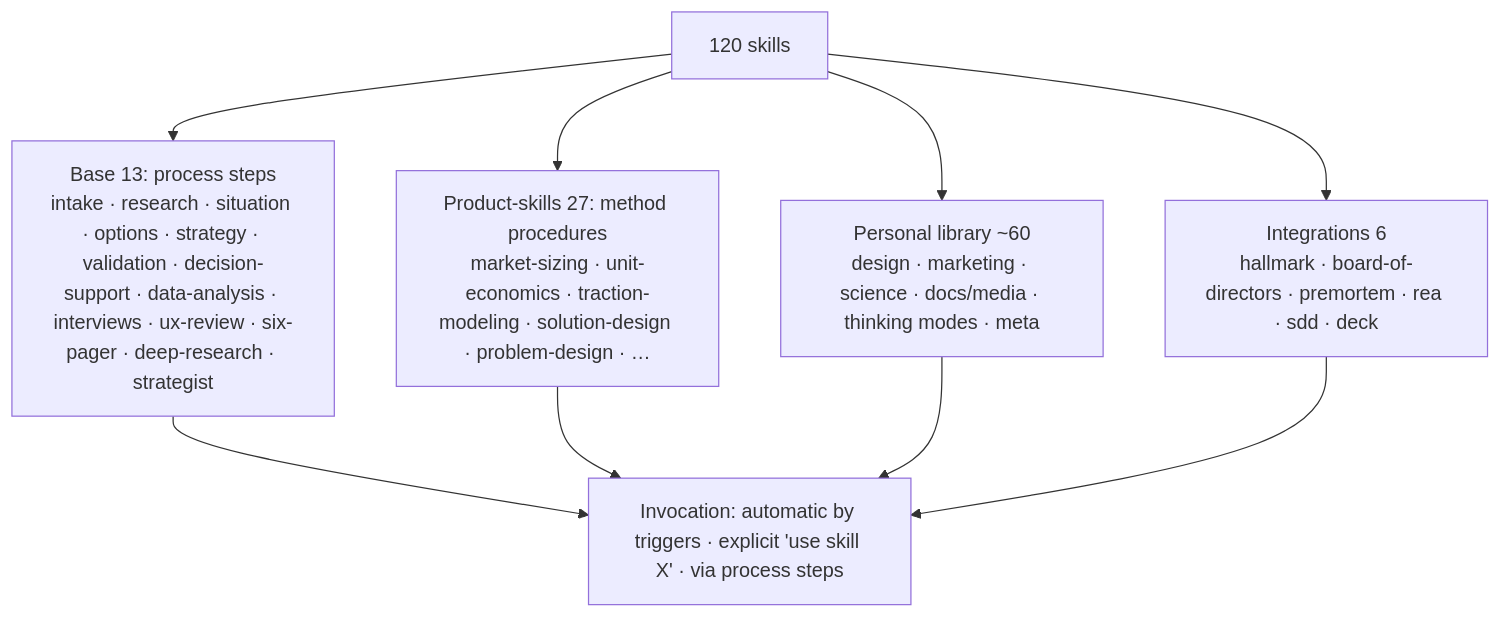
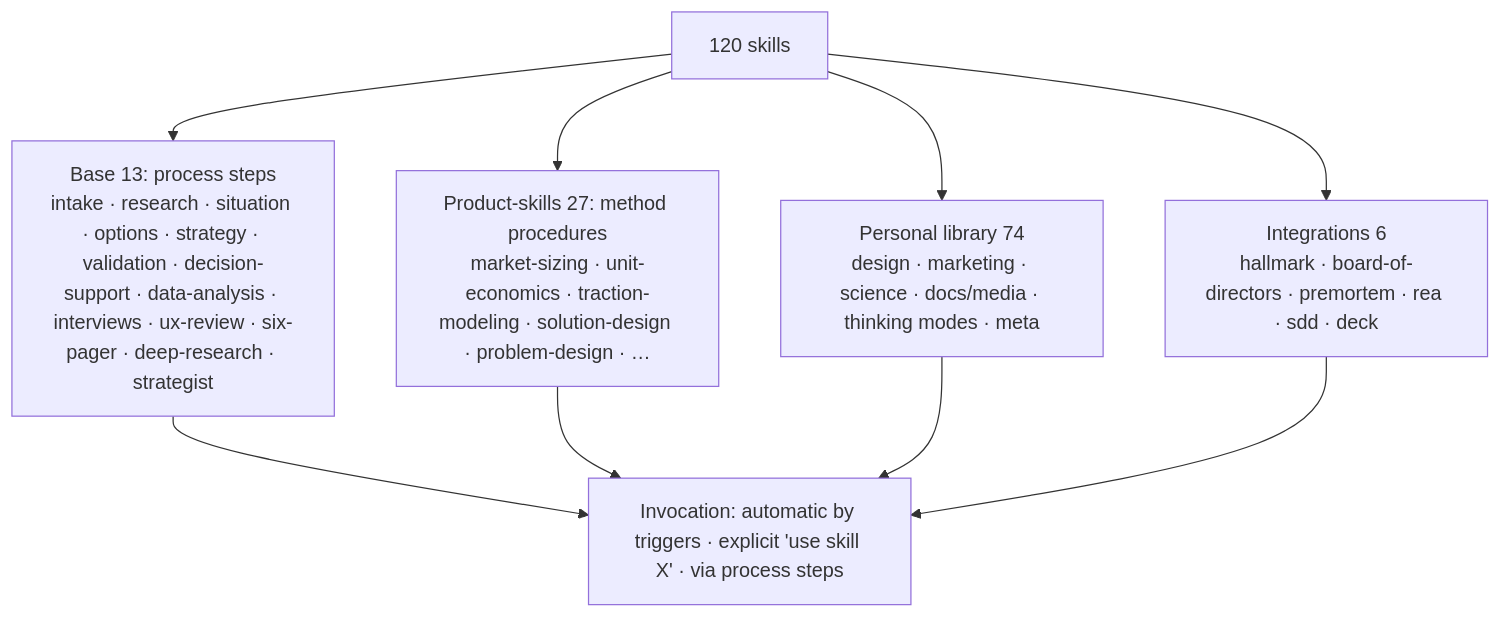
Before and after one commit to Fighter90/product-factory-strategist: the third of 4 diagrams in README_EN.md, drawn with Mermaid. The commit also changed other lines of this file and 33 other files, not shown here.

````diff
--- a/README_EN.md
+++ b/README_EN.md
@@ -144,8 +144,8 @@
 ```mermaid
 flowchart TB
   SK["120 skills"] --> B["Base 13: process steps<br/>intake · research · situation · options · strategy · validation · decision-support · data-analysis · interviews · ux-review · six-pager · deep-research · strategist"]
   SK --> P["Product-skills 27: method procedures<br/>market-sizing · unit-economics · traction-modeling · solution-design · problem-design · …"]
-  SK --> L["Personal library ~60<br/>design · marketing · science · docs/media · thinking modes · meta"]
+  SK --> L["Personal library 74<br/>design · marketing · science · docs/media · thinking modes · meta"]
   SK --> INT["Integrations 6<br/>hallmark · board-of-directors · premortem · rea · sdd · deck"]
   B & P & L & INT --> INV["Invocation: automatic by triggers · explicit 'use skill X' · via process steps"]
 ```
````
